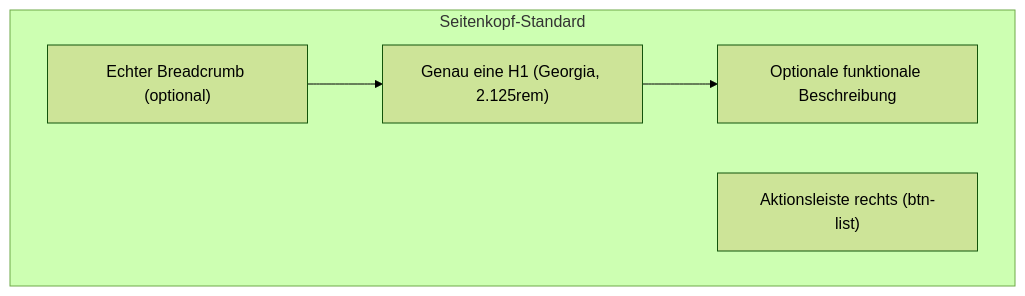
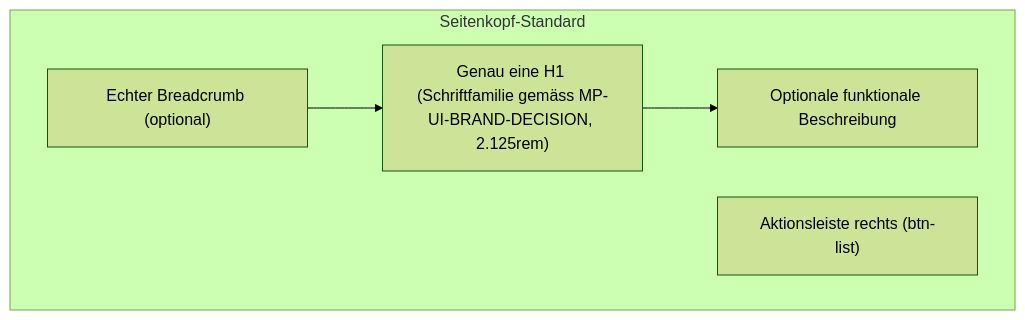
One commit to joehomeskillet/Dishboard changed the first of 2 diagrams in docs/design/2026-09-11-admin-shell-navigation-spec.md. Above: the diagram before and after it, drawn with Mermaid (forest theme). The commit also changed other lines of this file, not shown here.

````diff
--- a/docs/design/2026-09-11-admin-shell-navigation-spec.md
+++ b/docs/design/2026-09-11-admin-shell-navigation-spec.md
@@ -290,8 +318,8 @@
 ```mermaid
 flowchart TD
     subgraph Seitenkopf-Standard
-        BC["Echter Breadcrumb (optional)"] --> H1["Genau eine H1 (Georgia, 2.125rem)"]
+        BC["Echter Breadcrumb (optional)"] --> H1["Genau eine H1 (Schriftfamilie gemäss MP-UI-BRAND-DECISION, 2.125rem)"]
         H1 --> DESC["Optionale funktionale Beschreibung"]
         ACT["Aktionsleiste rechts (btn-list)"]
     end
 ```
````
